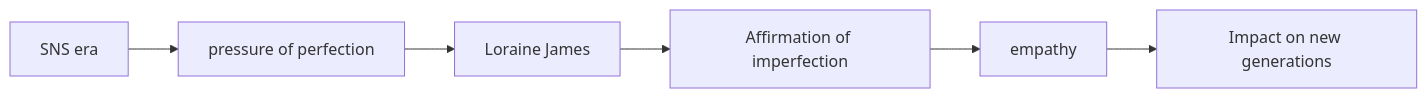
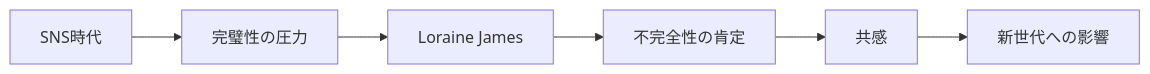
One commit to monumental-movement/monumental-movement.github.io changed the seventh of 11 diagrams in en/_posts/2026-05-24-column-loraine-james.md. Above: the diagram before and after it, drawn with Mermaid. The commit also changed other lines of this file and 2196 other files, not shown here.

```diff
--- a/en/_posts/2026-05-24-column-loraine-james.md
+++ b/en/_posts/2026-05-24-column-loraine-james.md
@@ -262,8 +262,8 @@
 <div class="mermaid">
 flowchart LR
-A[SNS era] --> B[pressure of perfection]
+A[SNS時代] --> B[完璧性の圧力]
 B --> C[Loraine James]
-C --> D[Affirmation of imperfection]
-D --> E[empathy]
-E --> F[Impact on new generations]
+C --> D[不完全性の肯定]
+D --> E[共感]
+E --> F[新世代への影響]
 </div>
```
